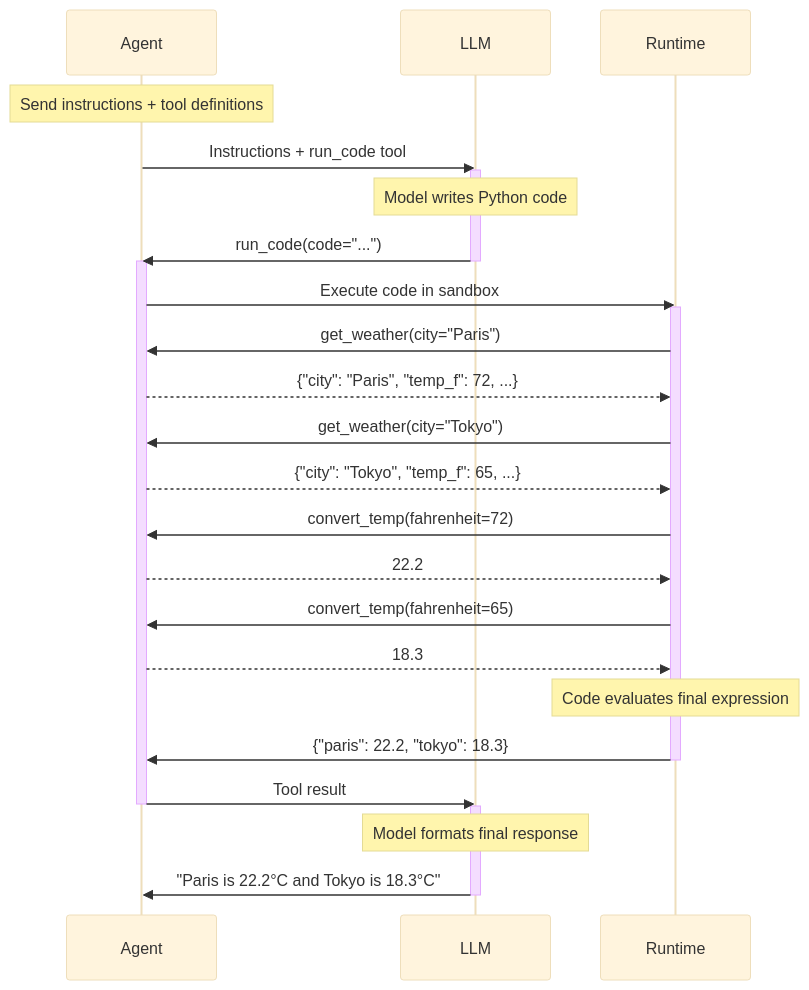
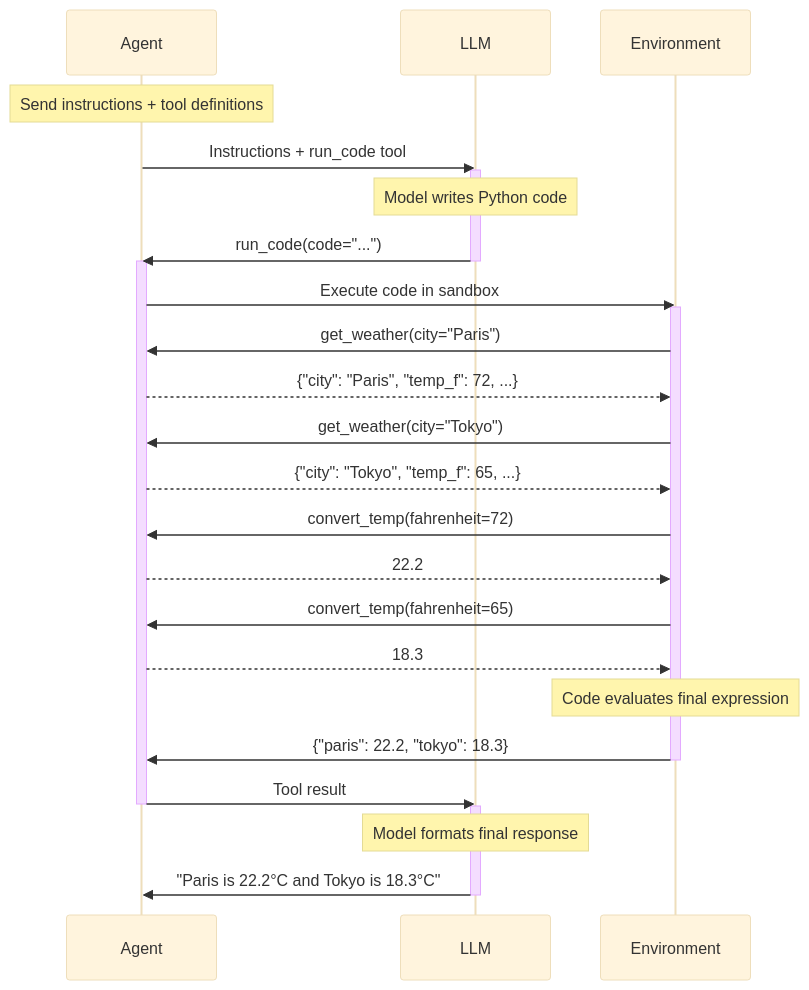
One commit to pydantic/pydantic-ai changed the diagram in docs/code-execution.md. Above: the diagram before and after it, drawn with Mermaid (base theme). The commit also changed other lines of this file and 29 other files, not shown here.

First line of the commit message:
refactor: unify ExecutionEnvironment and CodeRuntime into single hierarchy

````diff
--- a/docs/code-execution.md
+++ b/docs/code-execution.md
@@ -107,35 +107,35 @@
 ```mermaid
 sequenceDiagram
     participant Agent
     participant LLM
-    participant Runtime
+    participant Environment
 
     Note over Agent: Send instructions + tool definitions
     Agent ->> LLM: Instructions + run_code tool
     activate LLM
     Note over LLM: Model writes Python code
 
     LLM ->> Agent: run_code(code="...")
     deactivate LLM
     activate Agent
-    Agent ->> Runtime: Execute code in sandbox
-    activate Runtime
-    Runtime ->> Agent: get_weather(city="Paris")
-    Agent -->> Runtime: {"city": "Paris", "temp_f": 72, ...}
-    Runtime ->> Agent: get_weather(city="Tokyo")
-    Agent -->> Runtime: {"city": "Tokyo", "temp_f": 65, ...}
-    Runtime ->> Agent: convert_temp(fahrenheit=72)
-    Agent -->> Runtime: 22.2
-    Runtime ->> Agent: convert_temp(fahrenheit=65)
-    Agent -->> Runtime: 18.3
-    Note over Runtime: Code evaluates final expression
-    Runtime ->> Agent: {"paris": 22.2, "tokyo": 18.3}
-    deactivate Runtime
+    Agent ->> Environment: Execute code in sandbox
+    activate Environment
+    Environment ->> Agent: get_weather(city="Paris")
+    Agent -->> Environment: {"city": "Paris", "temp_f": 72, ...}
+    Environment ->> Agent: get_weather(city="Tokyo")
+    Agent -->> Environment: {"city": "Tokyo", "temp_f": 65, ...}
+    Environment ->> Agent: convert_temp(fahrenheit=72)
+    Agent -->> Environment: 22.2
+    Environment ->> Agent: convert_temp(fahrenheit=65)
+    Agent -->> Environment: 18.3
+    Note over Environment: Code evaluates final expression
+    Environment ->> Agent: {"paris": 22.2, "tokyo": 18.3}
+    deactivate Environment
     Agent ->> LLM: Tool result
     deactivate Agent
     activate LLM
     Note over LLM: Model formats final response
 
     LLM ->> Agent: "Paris is 22.2°C and Tokyo is 18.3°C"
     deactivate LLM
 ```
````
